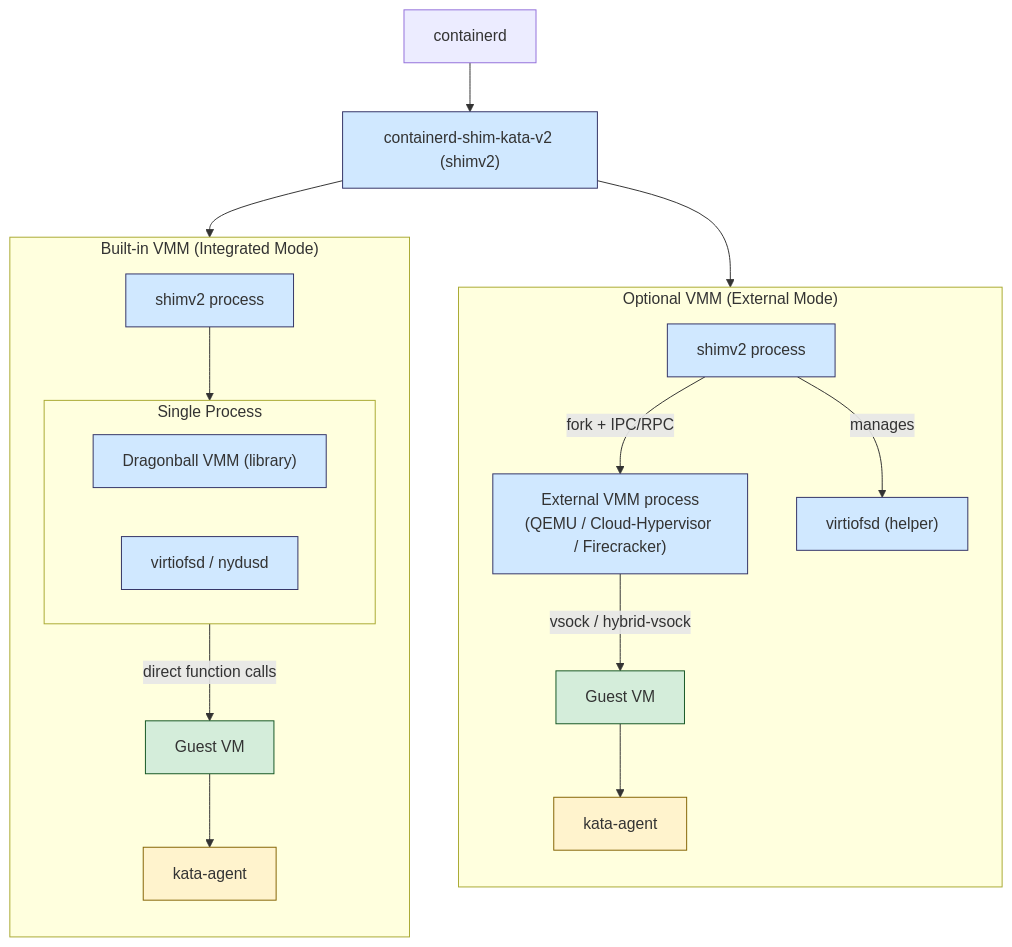
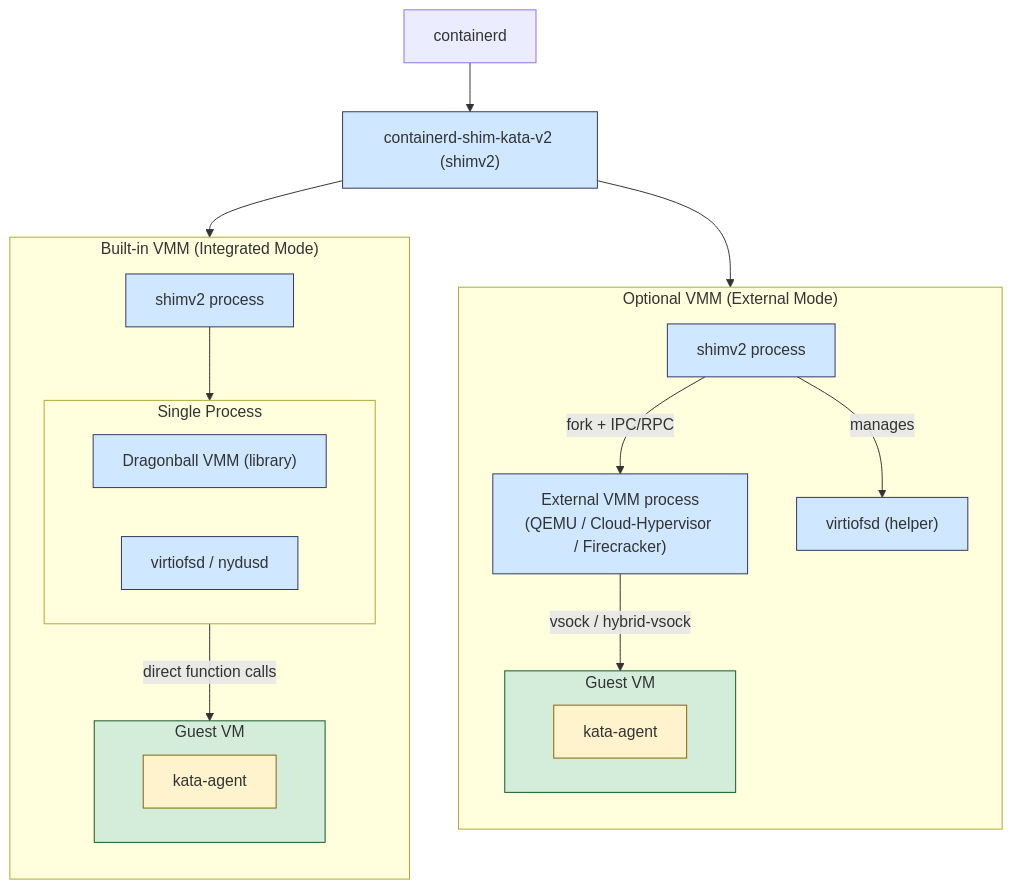
Before and after one commit to Apokleos/kata-containers: the first of 6 diagrams in docs/design/architecture_4.0/README.md, drawn with Mermaid. The commit also changed other lines of this file, not shown here.

Commit message:
docs: fix mermaid diagrams for guest VM and virtiofsd process boundaries
- In the Architecture Overview diagram (kata4.0-arch.png), show
  kata-agent inside the Guest VM subgraph instead of as a separate
  node connected via an arrow, to correctly reflect that kata-agent
  runs within the guest VM.
- In the External mode diagram (not_built_in_vmm.png), move virtiofsd
  outside the shimv2 HostProcess subgraph and label it as an
  independent process, to correctly reflect its separate process
  boundary.

Agent-Logs-Url: https://github.com/Apokleos/kata-containers/sessions/09856b9d-0d00-4f43-9c21-aa2aa9baac7f

````diff
--- a/docs/design/architecture_4.0/README.md
+++ b/docs/design/architecture_4.0/README.md
@@ -15,37 +15,41 @@
 ```mermaid
 graph TD
     containerd["containerd"] --> shimv2["containerd-shim-kata-v2 (shimv2)"]
 
     subgraph BuiltIn["Built-in VMM (Integrated Mode)"]
         direction TD
         shimv2_bi["shimv2 process"]
         subgraph shimv2_bi_inner["Single Process"]
             dragonball["Dragonball VMM (library)"]
             helpers_bi["virtiofsd / nydusd"]
         end
+        subgraph guestvm_bi["Guest VM"]
+            agent_bi["kata-agent"]
+        end
         shimv2_bi --> shimv2_bi_inner
-        shimv2_bi_inner -->|"direct function calls"| guestvm_bi["Guest VM"]
-        guestvm_bi --> agent_bi["kata-agent"]
+        shimv2_bi_inner -->|"direct function calls"| guestvm_bi
     end
 
     subgraph OptionalVMM["Optional VMM (External Mode)"]
         direction TD
         shimv2_ext["shimv2 process"]
         virtiofsd_ext["virtiofsd (helper)"]
         ext_vmm["External VMM process\n(QEMU / Cloud-Hypervisor / Firecracker)"]
+        subgraph guestvm_ext["Guest VM"]
+            agent_ext["kata-agent"]
+        end
         shimv2_ext -->|"fork + IPC/RPC"| ext_vmm
         shimv2_ext -->|"manages"| virtiofsd_ext
-        ext_vmm -->|"vsock / hybrid-vsock"| guestvm_ext["Guest VM"]
-        guestvm_ext --> agent_ext["kata-agent"]
+        ext_vmm -->|"vsock / hybrid-vsock"| guestvm_ext
     end
 
     shimv2 --> BuiltIn
     shimv2 --> OptionalVMM
 
     classDef process fill:#d0e8ff,stroke:#336,stroke-width:1px
     classDef vm fill:#d4edda,stroke:#155724,stroke-width:1px
     classDef agent fill:#fff3cd,stroke:#856404,stroke-width:1px
     class shimv2,shimv2_bi,shimv2_ext,dragonball,helpers_bi,virtiofsd_ext,ext_vmm process
     class guestvm_bi,guestvm_ext vm
     class agent_bi,agent_ext agent
 ```
````
